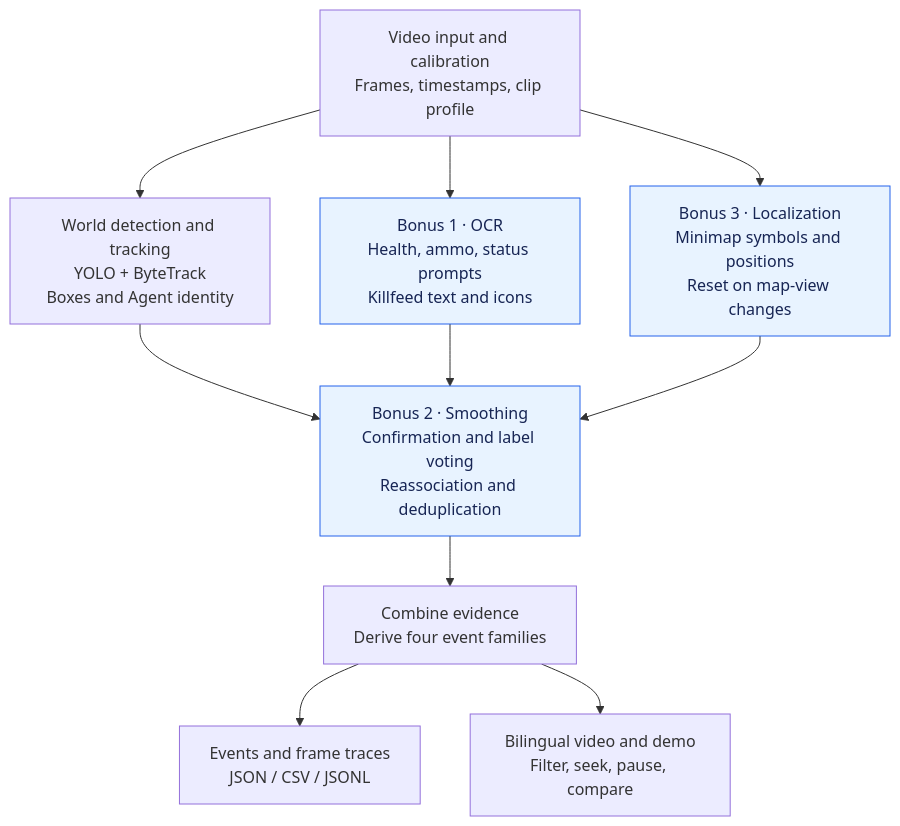
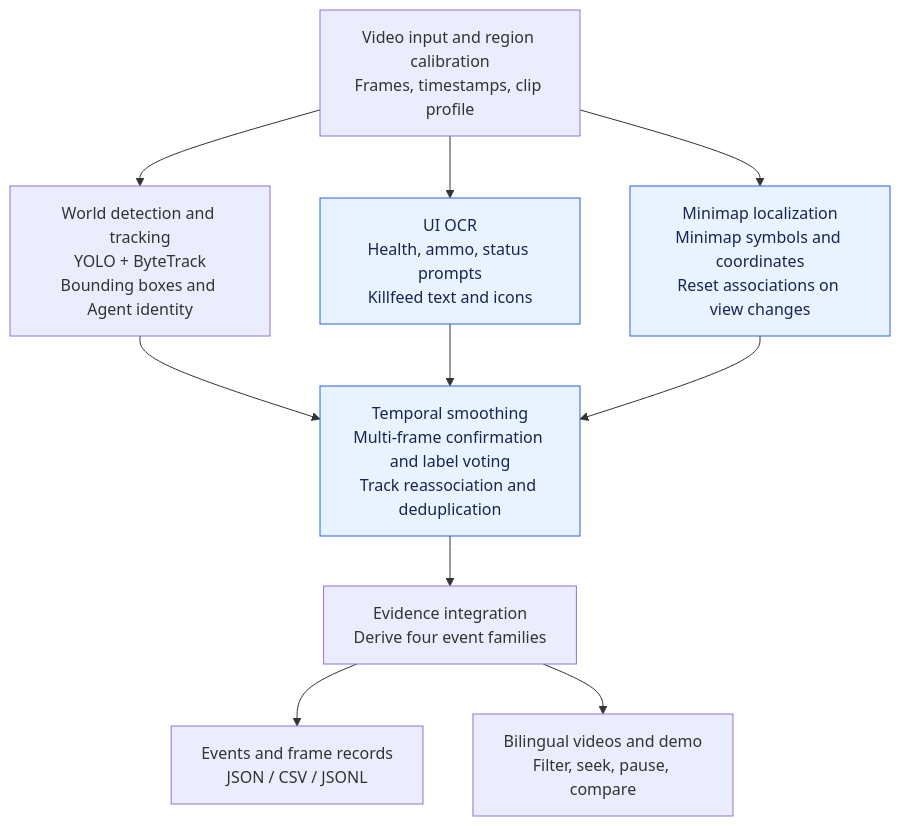
Before and after one commit to Xuyw041006-arch/valorant-detect: the diagram in README_en.md, drawn with Mermaid. The commit also changed other lines of this file and 6 other files, not shown here.

````diff
--- a/README_en.md
+++ b/README_en.md
@@ -15,14 +15,14 @@
 ```mermaid
 flowchart TD
-    A["Video input and calibration<br/>Frames, timestamps, clip profile"] --> B["World detection and tracking<br/>YOLO + ByteTrack<br/>Boxes and Agent identity"]
-    A --> C["Bonus 1 · OCR<br/>Health, ammo, status prompts<br/>Killfeed text and icons"]
-    A --> D["Bonus 3 · Localization<br/>Minimap symbols and positions<br/>Reset on map-view changes"]
-    B --> E["Bonus 2 · Smoothing<br/>Confirmation and label voting<br/>Reassociation and deduplication"]
+    A["Video input and region calibration<br/>Frames, timestamps, clip profile"] --> B["World detection and tracking<br/>YOLO + ByteTrack<br/>Bounding boxes and Agent identity"]
+    A --> C["UI OCR<br/>Health, ammo, status prompts<br/>Killfeed text and icons"]
+    A --> D["Minimap localization<br/>Minimap symbols and coordinates<br/>Reset associations on view changes"]
+    B --> E["Temporal smoothing<br/>Multi-frame confirmation and label voting<br/>Track reassociation and deduplication"]
     C --> E
     D --> E
-    E --> F["Combine evidence<br/>Derive four event families"]
-    F --> G["Events and frame traces<br/>JSON / CSV / JSONL"]
-    F --> H["Bilingual video and demo<br/>Filter, seek, pause, compare"]
-    classDef bonus fill:#e8f3ff,stroke:#2563eb,color:#172554;
-    class C,D,E bonus;
+    E --> F["Evidence integration<br/>Derive four event families"]
+    F --> G["Events and frame records<br/>JSON / CSV / JSONL"]
+    F --> H["Bilingual videos and demo<br/>Filter, seek, pause, compare"]
+    classDef processing fill:#e8f3ff,stroke:#2563eb,color:#172554;
+    class C,D,E processing;
 ```
````
